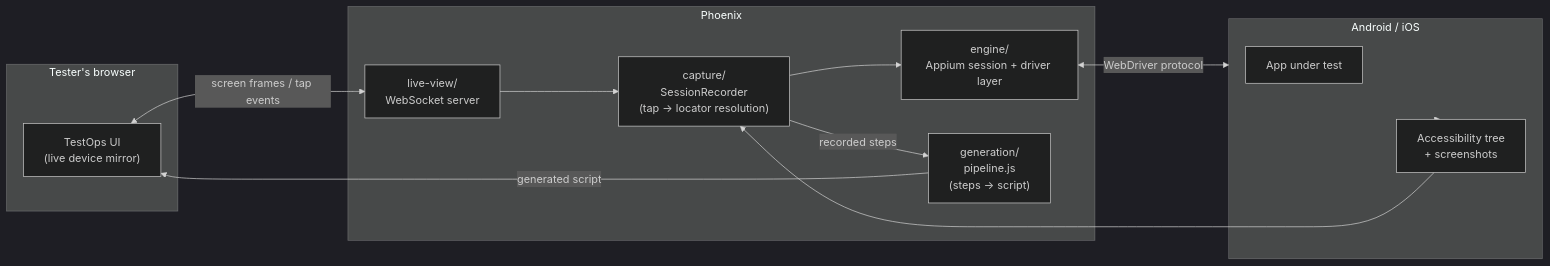
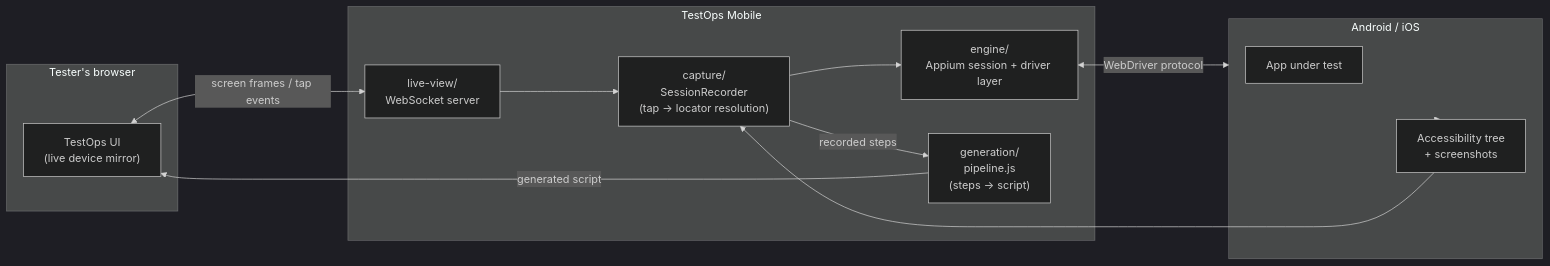
One commit to prabathkumar/phoenix changed the diagram in README.md. Above: the diagram before and after it, drawn with Mermaid (dark theme). The commit also changed other lines of this file and 100 other files, not shown here.

````diff
--- a/README.md
+++ b/README.md
@@ -45,27 +45,27 @@
 ```mermaid
 flowchart LR
     subgraph Tester["Tester's browser"]
         UI["TestOps UI\n(live device mirror)"]
     end
 
-    subgraph Phoenix["Phoenix"]
+    subgraph TestOps Mobile["TestOps Mobile"]
         LV["live-view/\nWebSocket server"]
         ENG["engine/\nAppium session + driver layer"]
         CAP["capture/\nSessionRecorder\n(tap → locator resolution)"]
         GEN["generation/\npipeline.js\n(steps → script)"]
     end
 
     subgraph Device["Android / iOS"]
         APP["App under test"]
         A11Y["Accessibility tree\n+ screenshots"]
     end
 
     UI <-- "screen frames / tap events" --> LV
     LV --> CAP
     CAP --> ENG
     ENG <-- "WebDriver protocol" --> Device
     Device --> A11Y
     A11Y --> CAP
     CAP -- "recorded steps" --> GEN
     GEN -- "generated script" --> UI
 ```
````
